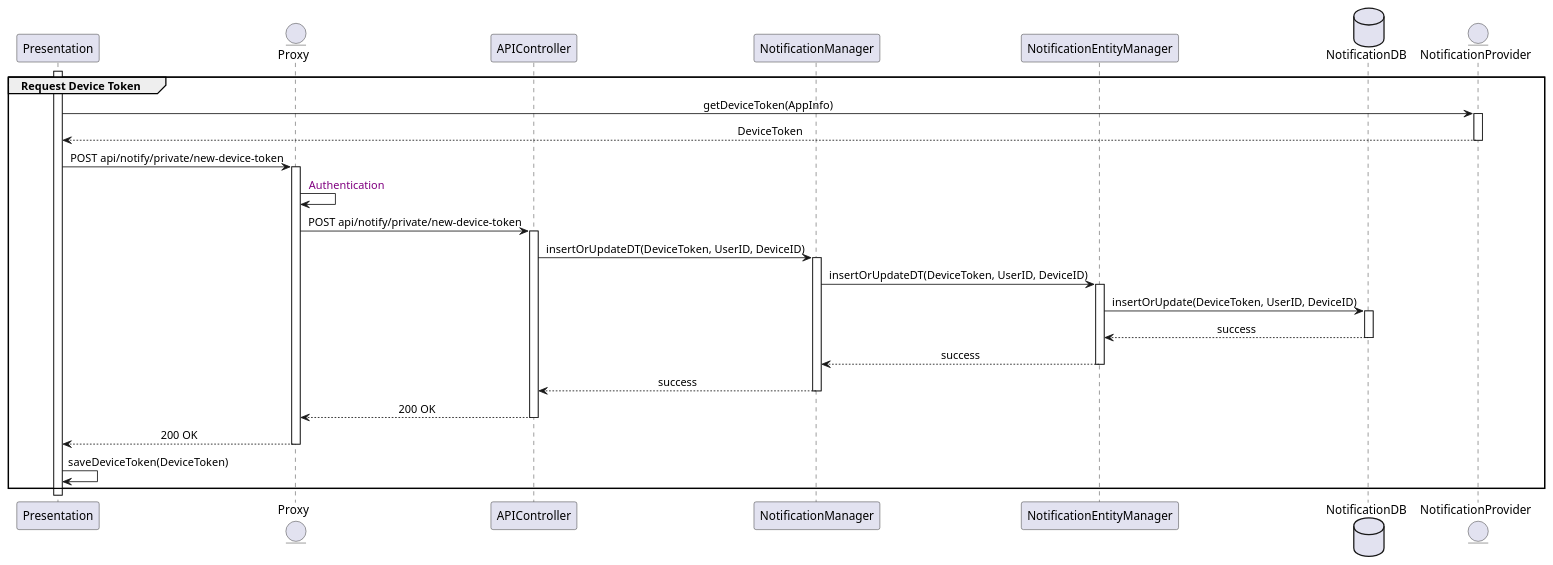
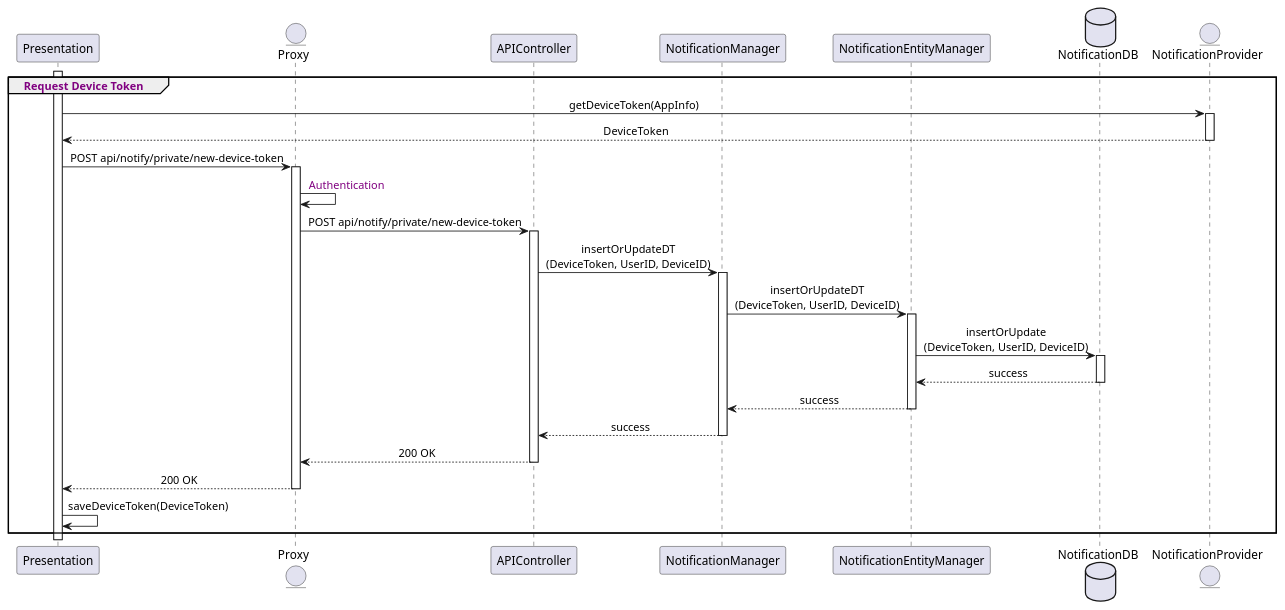
Before and after one commit to Slaitroc/RicciPaoliGrisoni: the diagram in Diagrams/SequenceDiagrams/DD/103RequestDeviceToken.wsd, drawn with PlantUML.

Commit message:
Update Request Device Token Sequence Diagram for improved readability in API call formatting

```diff
--- a/Diagrams/SequenceDiagrams/DD/103RequestDeviceToken.wsd
+++ b/Diagrams/SequenceDiagrams/DD/103RequestDeviceToken.wsd
@@ -1,42 +1,42 @@
 @startuml 
 skinparam sequenceMessageAlign center
 
 participant Presentation
 entity Proxy
 participant APIController
 participant NotificationManager
 participant NotificationEntityManager
 database NotificationDB
 entity NotificationProvider
 
 activate Presentation
-group Request Device Token
+group <color:purple> Request Device Token
 Presentation -> NotificationProvider : getDeviceToken(AppInfo)
 activate NotificationProvider
 NotificationProvider --> Presentation : DeviceToken
 deactivate NotificationProvider
 Presentation -> Proxy : POST api/notify/private/new-device-token
 activate Proxy
 Proxy -> Proxy : <color:purple> Authentication
 Proxy -> APIController : POST api/notify/private/new-device-token
 activate APIController
-APIController -> NotificationManager : insertOrUpdateDT(DeviceToken, UserID, DeviceID)
+APIController -> NotificationManager : insertOrUpdateDT\n(DeviceToken, UserID, DeviceID)
 activate NotificationManager
-NotificationManager -> NotificationEntityManager : insertOrUpdateDT(DeviceToken, UserID, DeviceID)
+NotificationManager -> NotificationEntityManager : insertOrUpdateDT\n(DeviceToken, UserID, DeviceID)
 activate NotificationEntityManager
-NotificationEntityManager -> NotificationDB : insertOrUpdate(DeviceToken, UserID, DeviceID)
+NotificationEntityManager -> NotificationDB : insertOrUpdate\n(DeviceToken, UserID, DeviceID)
 activate NotificationDB
 NotificationDB --> NotificationEntityManager : success
 deactivate NotificationDB
 NotificationEntityManager --> NotificationManager : success
 deactivate NotificationEntityManager
 NotificationManager --> APIController : success
 deactivate NotificationManager
 APIController --> Proxy : 200 OK
 deactivate APIController
 Proxy --> Presentation : 200 OK
 deactivate Proxy
 Presentation -> Presentation : saveDeviceToken(DeviceToken)
 end
 
 @enduml
```
